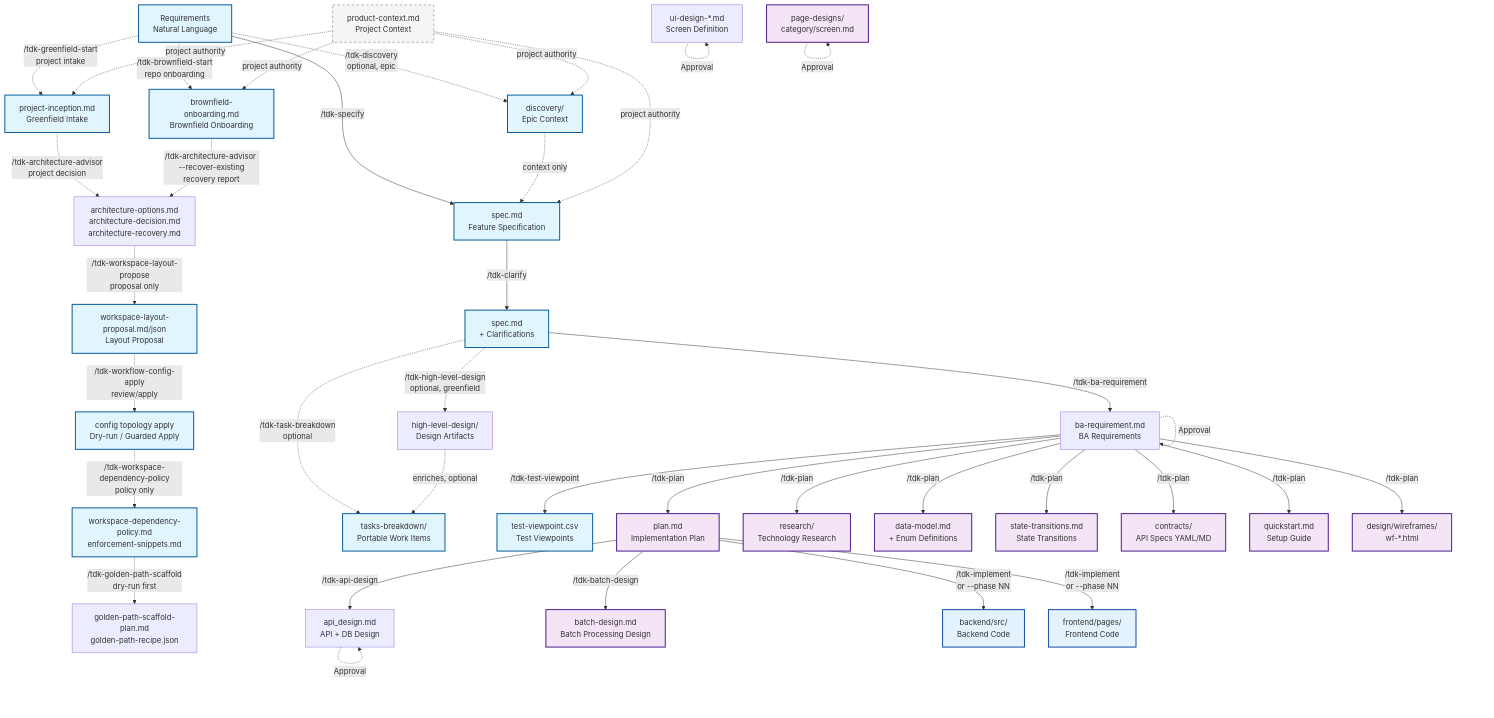
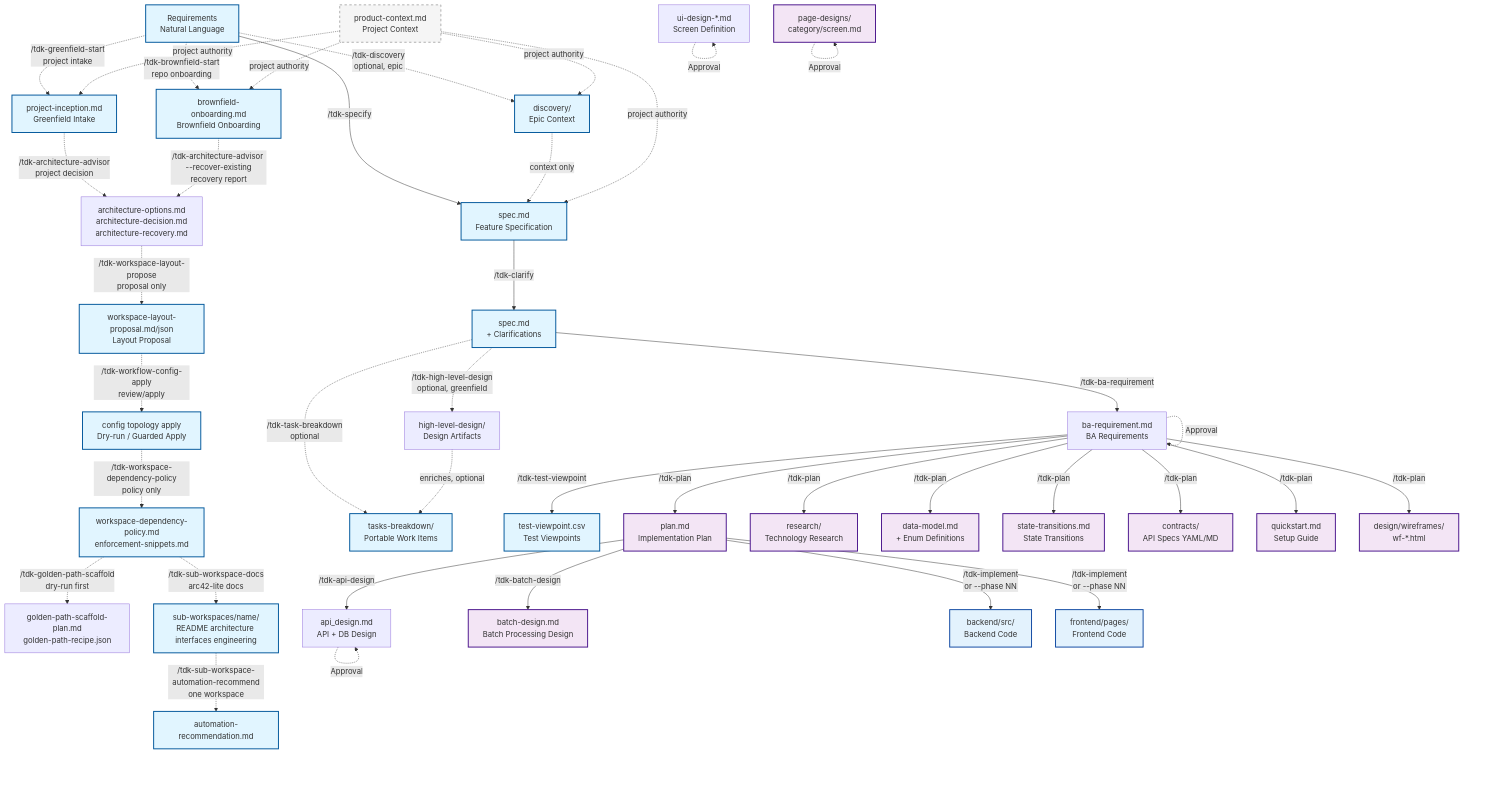
Before and after one commit to vinhltt/tdk: the first of 8 diagrams in .specify/docs/en/guides/document-flow.md, drawn with Mermaid. The commit also changed other lines of this file and 42 other files, not shown here.

````diff
--- a/.specify/docs/en/guides/document-flow.md
+++ b/.specify/docs/en/guides/document-flow.md
@@ -12,77 +12,81 @@
 ```mermaid
 flowchart TD
     %% Phase 0: Specification
     REQ[Requirements<br/>Natural Language]
     PRODUCT_CONTEXT[product-context.md<br/>Project Context]
     GREENFIELD_INCEPTION[project-inception.md<br/>Greenfield Intake]
     BROWNFIELD_ONBOARDING[brownfield-onboarding.md<br/>Brownfield Onboarding]
     ARCHITECTURE_REPORTS[architecture-options.md<br/>architecture-decision.md<br/>architecture-recovery.md]
     TOPOLOGY[workspace-layout-proposal.md/json<br/>Layout Proposal]
     CONFIG_PATCH[config topology apply<br/>Dry-run / Guarded Apply]
     POLICY[workspace-dependency-policy.md<br/>enforcement-snippets.md]
     GOLDEN_PATH[golden-path-scaffold-plan.md<br/>golden-path-recipe.json]
+    SUB_WORKSPACE_DOCS[sub-workspaces/name/<br/>README architecture interfaces engineering]
+    AUTOMATION_RECOMMEND[automation-recommendation.md]
     DISCOVERY[discovery/<br/>Epic Context]
 
     %% Phase 0: Feature Specification
     REQ -.->|/tdk-greenfield-start<br/>project intake| GREENFIELD_INCEPTION
     REQ -.->|/tdk-brownfield-start<br/>repo onboarding| BROWNFIELD_ONBOARDING
     GREENFIELD_INCEPTION -.->|/tdk-architecture-advisor<br/>project decision| ARCHITECTURE_REPORTS
     BROWNFIELD_ONBOARDING -.->|/tdk-architecture-advisor --recover-existing<br/>recovery report| ARCHITECTURE_REPORTS
     ARCHITECTURE_REPORTS -.->|/tdk-workspace-layout-propose<br/>proposal only| TOPOLOGY
     TOPOLOGY -.->|/tdk-workflow-config-apply<br/>review/apply| CONFIG_PATCH
     CONFIG_PATCH -.->|/tdk-workspace-dependency-policy<br/>policy only| POLICY
     POLICY -.->|/tdk-golden-path-scaffold<br/>dry-run first| GOLDEN_PATH
+    POLICY -.->|/tdk-sub-workspace-docs<br/>arc42-lite docs| SUB_WORKSPACE_DOCS
+    SUB_WORKSPACE_DOCS -.->|/tdk-sub-workspace-automation-recommend<br/>one workspace| AUTOMATION_RECOMMEND
     REQ -.->|/tdk-discovery<br/>optional, epic| DISCOVERY
     REQ -->|/tdk-specify| SPEC[spec.md<br/>Feature Specification]
     DISCOVERY -.->|context only| SPEC
     PRODUCT_CONTEXT -.->|project authority| GREENFIELD_INCEPTION
     PRODUCT_CONTEXT -.->|project authority| BROWNFIELD_ONBOARDING
     PRODUCT_CONTEXT -.->|project authority| DISCOVERY
     PRODUCT_CONTEXT -.->|project authority| SPEC
     SPEC -->|/tdk-clarify| SPEC_CLARIFIED[spec.md<br/>+ Clarifications]
     SPEC_CLARIFIED -.->|/tdk-high-level-design<br/>optional, greenfield| HLD[high-level-design/<br/>Design Artifacts]
     SPEC_CLARIFIED -.->|/tdk-task-breakdown<br/>optional| TASK_BREAKDOWN[tasks-breakdown/<br/>Portable Work Items]
     HLD -.->|enriches, optional| TASK_BREAKDOWN
     SPEC_CLARIFIED -->|/tdk-ba-requirement| BA_REQ[ba-requirement.md<br/>BA Requirements]
     BA_REQ -.->|Approval| BA_REQ
     BA_REQ -->|/tdk-test-viewpoint| TEST_VP[test-viewpoint.csv<br/>Test Viewpoints]
 
     %% Phase 1: Architecture & Design
     BA_REQ -->|/tdk-plan| PLAN[plan.md<br/>Implementation Plan]
     BA_REQ -->|/tdk-plan| RESEARCH[research/<br/>Technology Research]
     BA_REQ -->|/tdk-plan| DATAMODEL[data-model.md<br/>+ Enum Definitions]
     BA_REQ -->|/tdk-plan| STATETRANS[state-transitions.md<br/>State Transitions]
     BA_REQ -->|/tdk-plan| CONTRACTS[contracts/<br/>API Specs YAML/MD]
     BA_REQ -->|/tdk-plan| QUICKSTART[quickstart.md<br/>Setup Guide]
     BA_REQ -->|/tdk-plan| WIREFRAMES[design/wireframes/<br/>wf-*.html]
 
     %% Phase 1: Detailed Design & Approval
     PLAN -->|/tdk-api-design| API_DESIGN[api_design.md<br/>API + DB Design]
     PLAN -->|/tdk-batch-design| BATCH_DESIGN[batch-design.md<br/>Batch Processing Design]
     PAGEDESIGNS[page-designs/<br/>category/screen.md]
     UI_DESIGN[ui-design-*.md<br/>Screen Definition]
     API_DESIGN -.->|Approval| API_DESIGN
     UI_DESIGN -.->|Approval| UI_DESIGN
     PAGEDESIGNS -.->|Approval| PAGEDESIGNS
 
     %% Phase 2: Implementation (Solo Path - Primary)
     PLAN -->|/tdk-implement<br/>or --phase NN| CODE_BE[backend/src/<br/>Backend Code]
     PLAN -->|/tdk-implement<br/>or --phase NN| CODE_FE[frontend/pages/<br/>Frontend Code]
 
     %% Styling
     classDef phase0 fill:#e1f5ff,stroke:#01579b,stroke-width:2px
     classDef phase1 fill:#f3e5f5,stroke:#4a148c,stroke-width:2px
     classDef phase2 fill:#fff3e0,stroke:#e65100,stroke-width:2px
     classDef phase3 fill:#e8f5e9,stroke:#1b5e20,stroke-width:2px
     classDef phase4 fill:#fff9c4,stroke:#f57f17,stroke-width:2px
     classDef phase5 fill:#ffebee,stroke:#b71c1c,stroke-width:2px
     classDef reference fill:#f5f5f5,stroke:#616161,stroke-width:1px,stroke-dasharray: 5 5
     classDef code fill:#e3f2fd,stroke:#0d47a1,stroke-width:2px
     classDef infra fill:#fce4ec,stroke:#880e4f,stroke-width:2px
 
-    class REQ,GREENFIELD_INCEPTION,BROWNFIELD_ONBOARDING,TOPOLOGY,CONFIG_PATCH,POLICY,DISCOVERY,SPEC,SPEC_CLARIFIED,TASK_BREAKDOWN phase0
+    class REQ,GREENFIELD_INCEPTION,BROWNFIELD_ONBOARDING,TOPOLOGY,CONFIG_PATCH,POLICY,SUB_WORKSPACE_DOCS,AUTOMATION_RECOMMEND,DISCOVERY,SPEC,SPEC_CLARIFIED,TASK_BREAKDOWN phase0
     class PLAN,RESEARCH,DATAMODEL,STATETRANS,CONTRACTS,QUICKSTART,WIREFRAMES,PAGEDESIGNS,BATCH_DESIGN phase1
     class TEST_VP phase0
     class PRODUCT_CONTEXT,CONSTITUTION,UIUX,REF_DATAMODEL,REF_STATE reference
     class CODE_BE,CODE_FE,TESTS code
 ```
````
